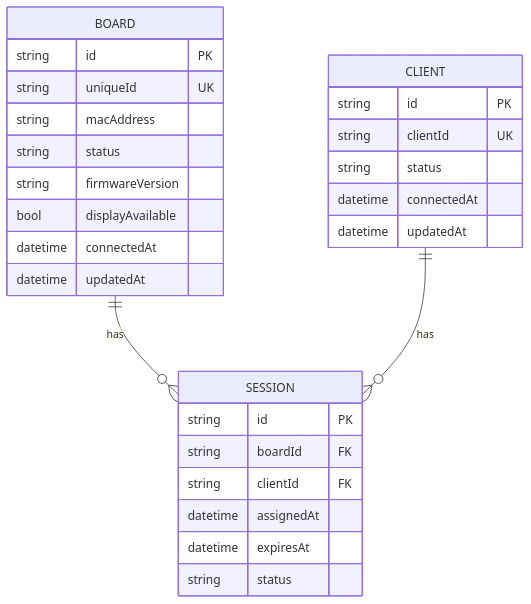
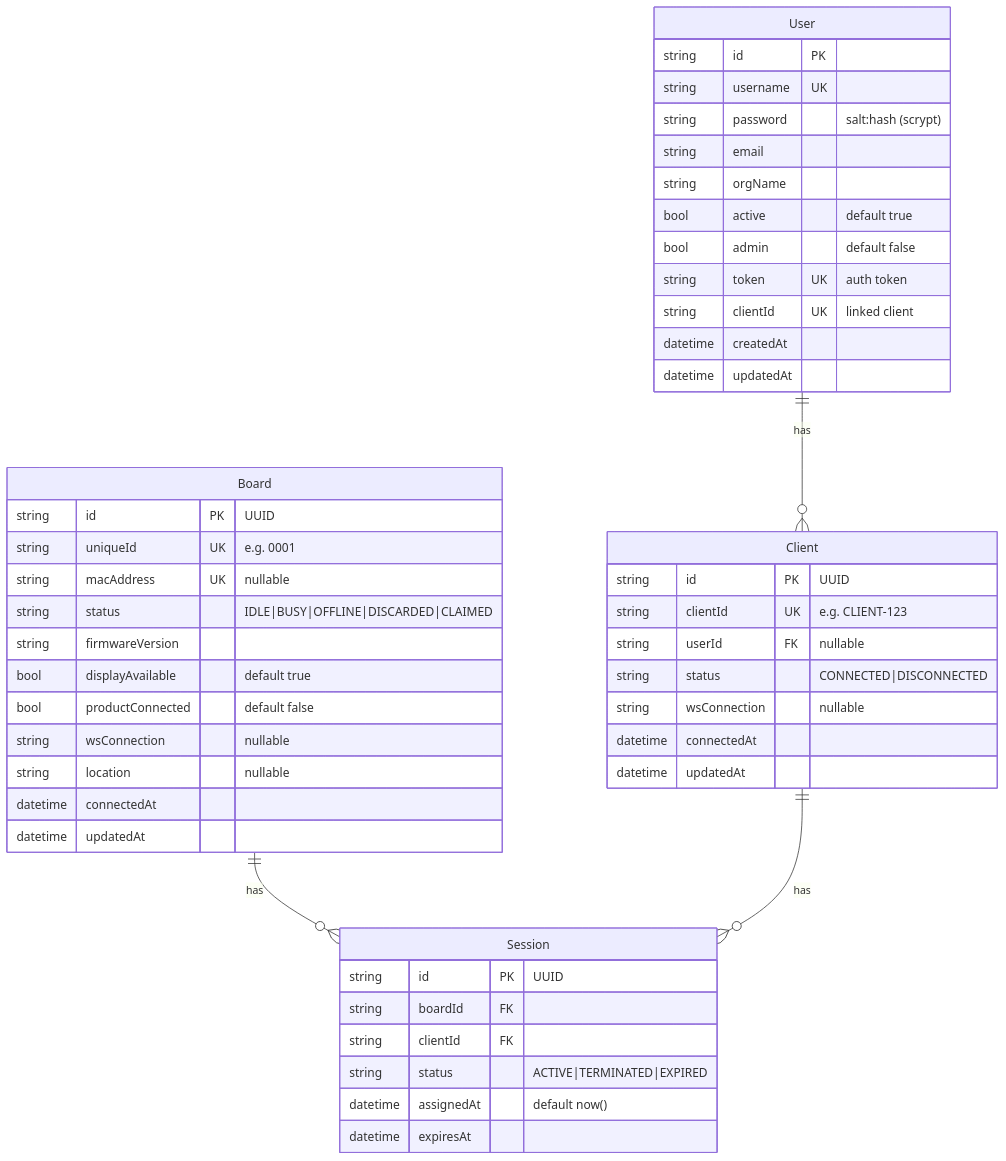
One commit to hyunu/nexio changed the diagram in apps/server/design.md. Above: the diagram before and after it, drawn with Mermaid. The commit also changed other lines of this file, not shown here.

````diff
--- a/apps/server/design.md
+++ b/apps/server/design.md
@@ -54,33 +43,53 @@
 ```mermaid
 erDiagram
-    BOARD ||--o{ SESSION : has
-    CLIENT ||--o{ SESSION : has
+    User ||--o{ Client : has
+    Board ||--o{ Session : has
+    Client ||--o{ Session : has
 
-    BOARD {
+    User {
         string id PK
-        string uniqueId UK
-        string macAddress
-        string status
+        string username UK
+        string password "salt:hash (scrypt)"
+        string email
+        string orgName
+        bool active "default true"
+        bool admin "default false"
+        string token UK "auth token"
+        string clientId UK "linked client"
+        datetime createdAt
+        datetime updatedAt
+    }
+
+    Board {
+        string id PK "UUID"
+        string uniqueId UK "e.g. 0001"
+        string macAddress UK "nullable"
+        string status "IDLE|BUSY|OFFLINE|DISCARDED|CLAIMED"
         string firmwareVersion
-        bool displayAvailable
+        bool displayAvailable "default true"
+        bool productConnected "default false"
+        string wsConnection "nullable"
+        string location "nullable"
         datetime connectedAt
         datetime updatedAt
     }
 
-    CLIENT {
-        string id PK
-        string clientId UK
-        string status
+    Client {
+        string id PK "UUID"
+        string clientId UK "e.g. CLIENT-123"
+        string userId FK "nullable"
+        string status "CONNECTED|DISCONNECTED"
+        string wsConnection "nullable"
         datetime connectedAt
         datetime updatedAt
     }
 
-    SESSION {
-        string id PK
+    Session {
+        string id PK "UUID"
         string boardId FK
         string clientId FK
-        datetime assignedAt
+        string status "ACTIVE|TERMINATED|EXPIRED"
+        datetime assignedAt "default now()"
         datetime expiresAt
-        string status
     }
 ```
````
